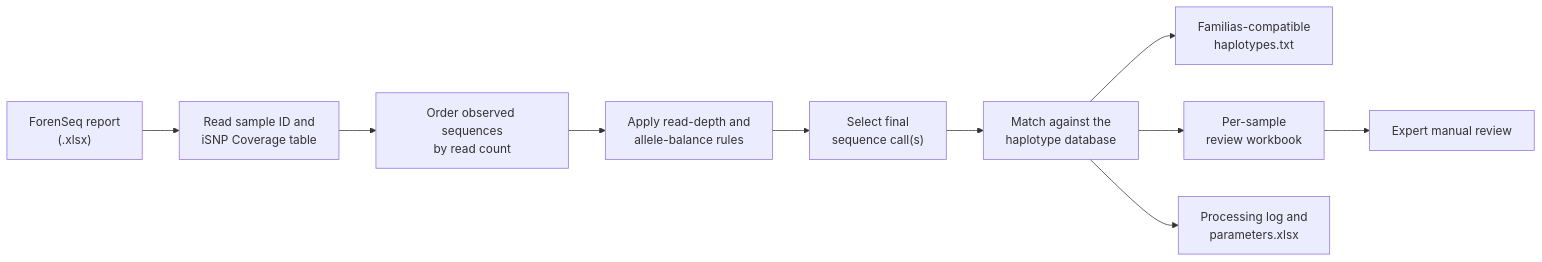
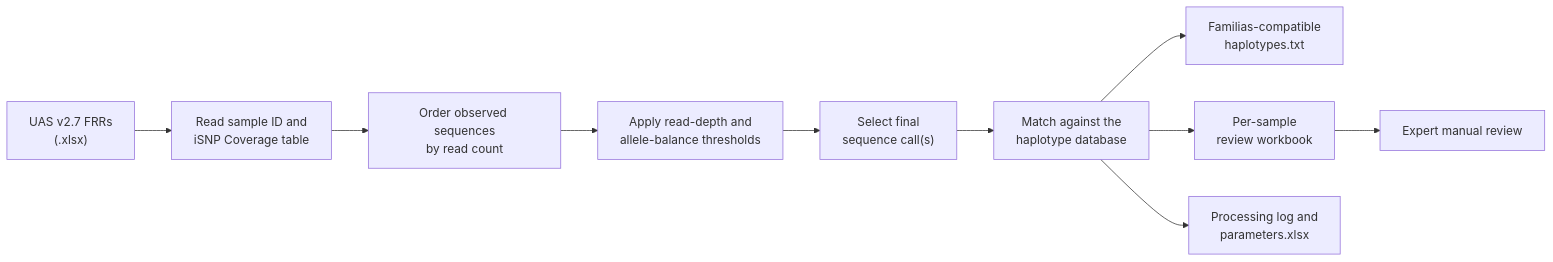
The diagram in README.Rmd (FISABIO-BioinformaticsService/forenseqhaplo), drawn with Mermaid before and after one commit. The commit also changed other lines of this file and 1 other file, not shown here.

````diff
--- a/README.Rmd
+++ b/README.Rmd
@@ -93,12 +94,12 @@
 ```mermaid
 flowchart LR
-    A["ForenSeq report<br/>(.xlsx)"] --> B["Read sample ID and<br/>iSNP Coverage table"]
+    A["UAS v2.7 FRRs<br/>(.xlsx)"] --> B["Read sample ID and<br/>iSNP Coverage table"]
     B --> C["Order observed sequences<br/>by read count"]
-    C --> D["Apply read-depth and<br/>allele-balance rules"]
+    C --> D["Apply read-depth and<br/>allele-balance thresholds"]
     D --> E["Select final<br/>sequence call(s)"]
     E --> F["Match against the<br/>haplotype database"]
     F --> G["Familias-compatible<br/>haplotypes.txt"]
     F --> H["Per-sample<br/>review workbook"]
     F --> I["Processing log and<br/>parameters.xlsx"]
     H --> J["Expert manual review"]
 ```
````
